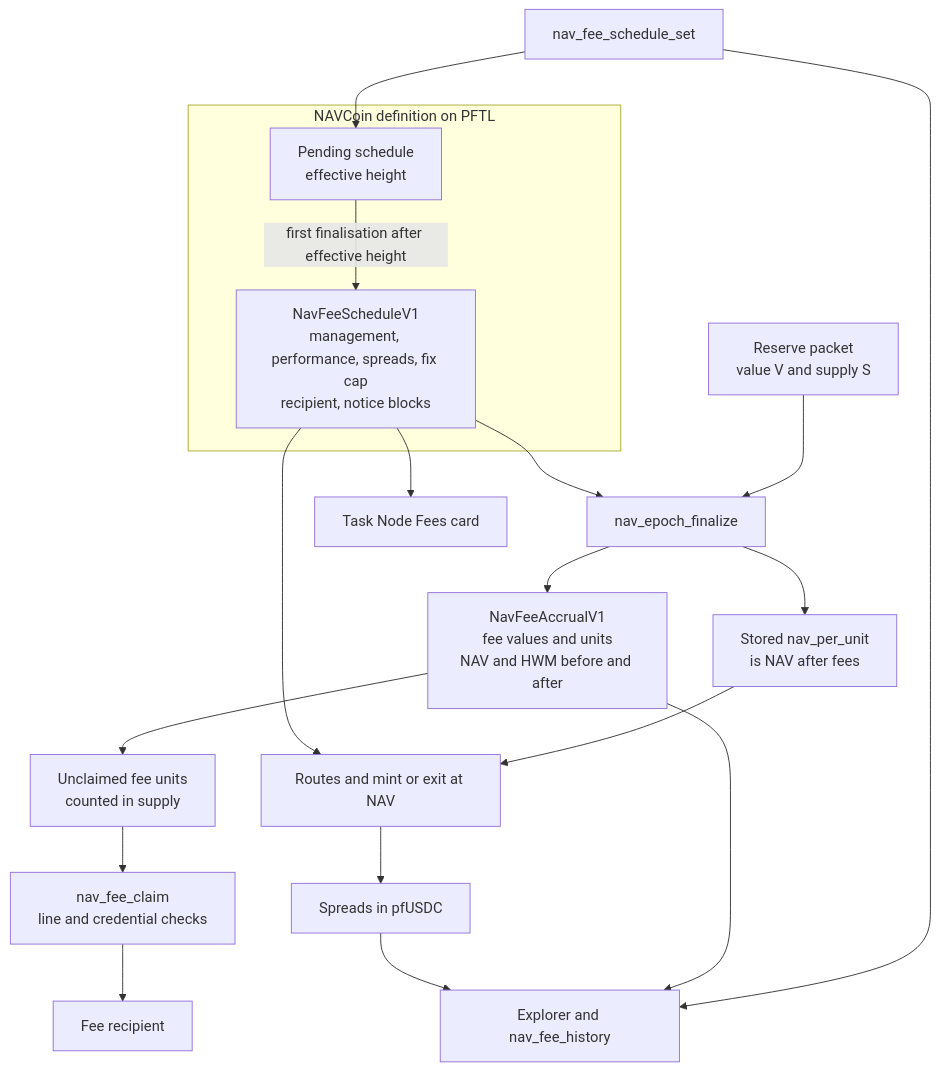
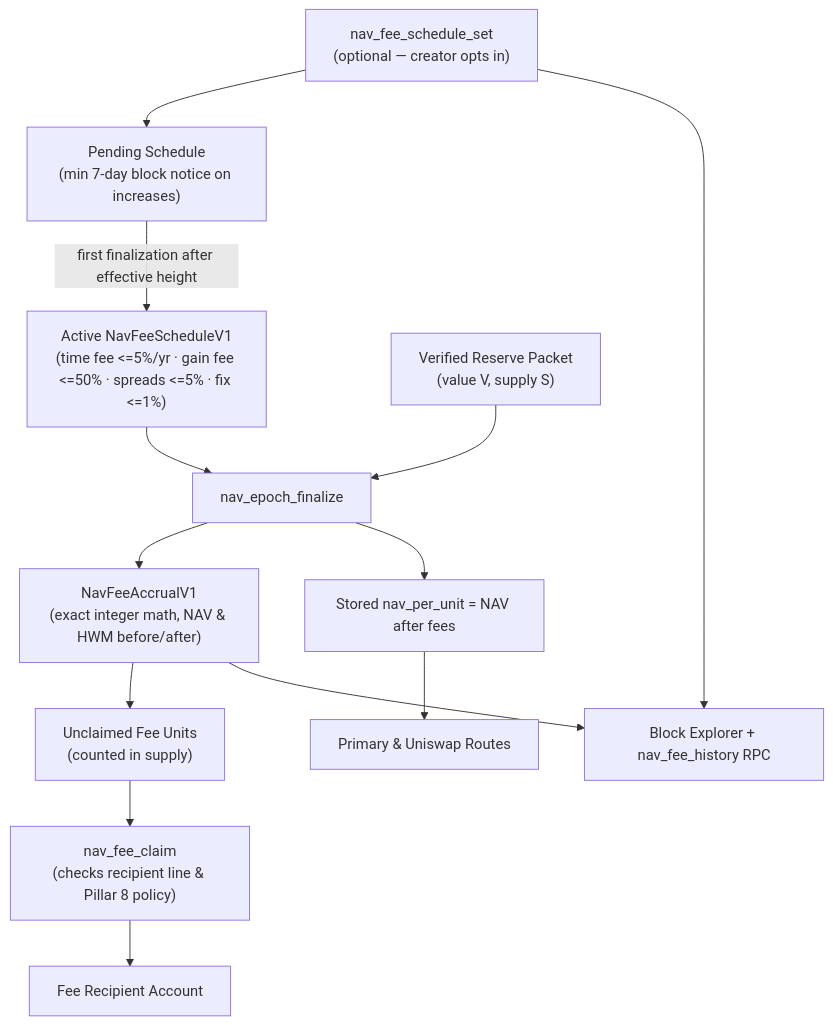
One commit to postfiatorg/postfiatl1v2 changed the diagram in big_milestone/pillars/07-navcoin-fees.md. Above: the diagram before and after it, drawn with Mermaid. The commit also changed other lines of this file and 45 other files, not shown here.

````diff
--- a/big_milestone/pillars/07-navcoin-fees.md
+++ b/big_milestone/pillars/07-navcoin-fees.md
@@ -65,23 +25,15 @@
 ```mermaid
 flowchart TB
-    subgraph DEF["NAVCoin definition on PFTL"]
-      FS["NavFeeScheduleV1<br/>management, performance, spreads, fix cap<br/>recipient, notice blocks"]
-      PEND["Pending schedule<br/>effective height"]
-    end
-    SET["nav_fee_schedule_set"] --> PEND
-    PEND -->|"first finalisation after effective height"| FS
-    RP["Reserve packet<br/>value V and supply S"] --> EF["nav_epoch_finalize"]
+    SET["nav_fee_schedule_set<br/>(optional — creator opts in)"] --> PEND["Pending Schedule<br/>(min 7-day block notice on increases)"]
+    PEND -->|"first finalization after effective height"| FS["Active NavFeeScheduleV1<br/>(time fee <=5%/yr · gain fee <=50% · spreads <=5% · fix <=1%)"]
+    RP["Verified Reserve Packet<br/>(value V, supply S)"] --> EF["nav_epoch_finalize"]
     FS --> EF
-    EF --> ACC["NavFeeAccrualV1<br/>fee values and units<br/>NAV and HWM before and after"]
-    ACC --> ESC["Unclaimed fee units<br/>counted in supply"]
-    ESC --> CLAIM["nav_fee_claim<br/>line and credential checks"]
-    CLAIM --> REC["Fee recipient"]
-    EF --> NAV["Stored nav_per_unit<br/>is NAV after fees"]
-    NAV --> RT["Routes and mint or exit at NAV"]
-    FS --> RT
-    RT --> SPR["Spreads in pfUSDC"]
-    SET --> EX["Explorer and nav_fee_history"]
+    EF --> ACC["NavFeeAccrualV1<br/>(exact integer math, NAV & HWM before/after)"]
+    ACC --> ESC["Unclaimed Fee Units<br/>(counted in supply)"]
+    ESC --> CLAIM["nav_fee_claim<br/>(checks recipient line & Pillar 8 policy)"]
+    CLAIM --> REC["Fee Recipient Account"]
+    EF --> NAV["Stored nav_per_unit = NAV after fees"]
+    NAV --> RT["Primary & Uniswap Routes"]
+    SET --> EX["Block Explorer + nav_fee_history RPC"]
     ACC --> EX
-    SPR --> EX
-    FS --> TN["Task Node Fees card"]
 ```
````
